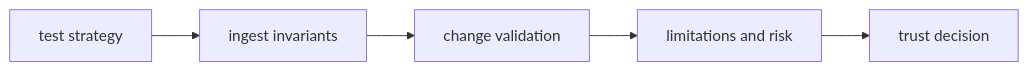
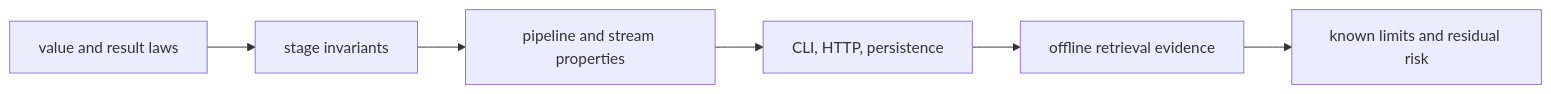
The diagram in docs/02-bijux-canon-ingest/quality/index.md (bijux/bijux-canon), drawn with Mermaid before and after one commit. The commit also changed other lines of this file and 2 other files, not shown here.

Commit message:
docs(ingest): connect capabilities code and proof

````diff
--- a/docs/02-bijux-canon-ingest/quality/index.md
+++ b/docs/02-bijux-canon-ingest/quality/index.md
@@ -16,10 +19,11 @@
 ```mermaid
 flowchart LR
-    strategy["test strategy"]
-    invariants["ingest invariants"]
-    validation["change validation"]
-    limits["limitations and risk"]
-    trust["trust decision"]
+    values["value and result laws"]
+    stages["stage invariants"]
+    composition["pipeline and stream properties"]
+    boundaries["CLI, HTTP, persistence"]
+    evaluation["offline retrieval evidence"]
+    limits["known limits and residual risk"]
 
-    strategy --> invariants --> validation --> limits --> trust
+    values --> stages --> composition --> boundaries --> evaluation --> limits
 ```
````
